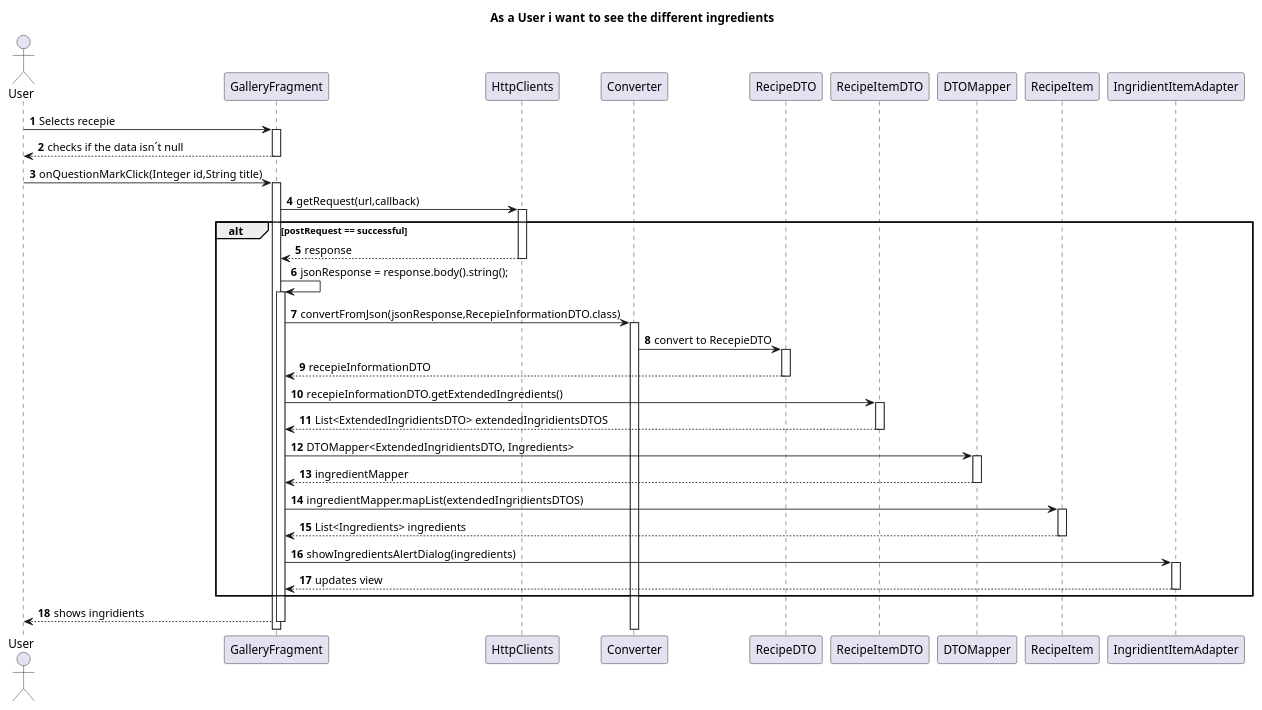
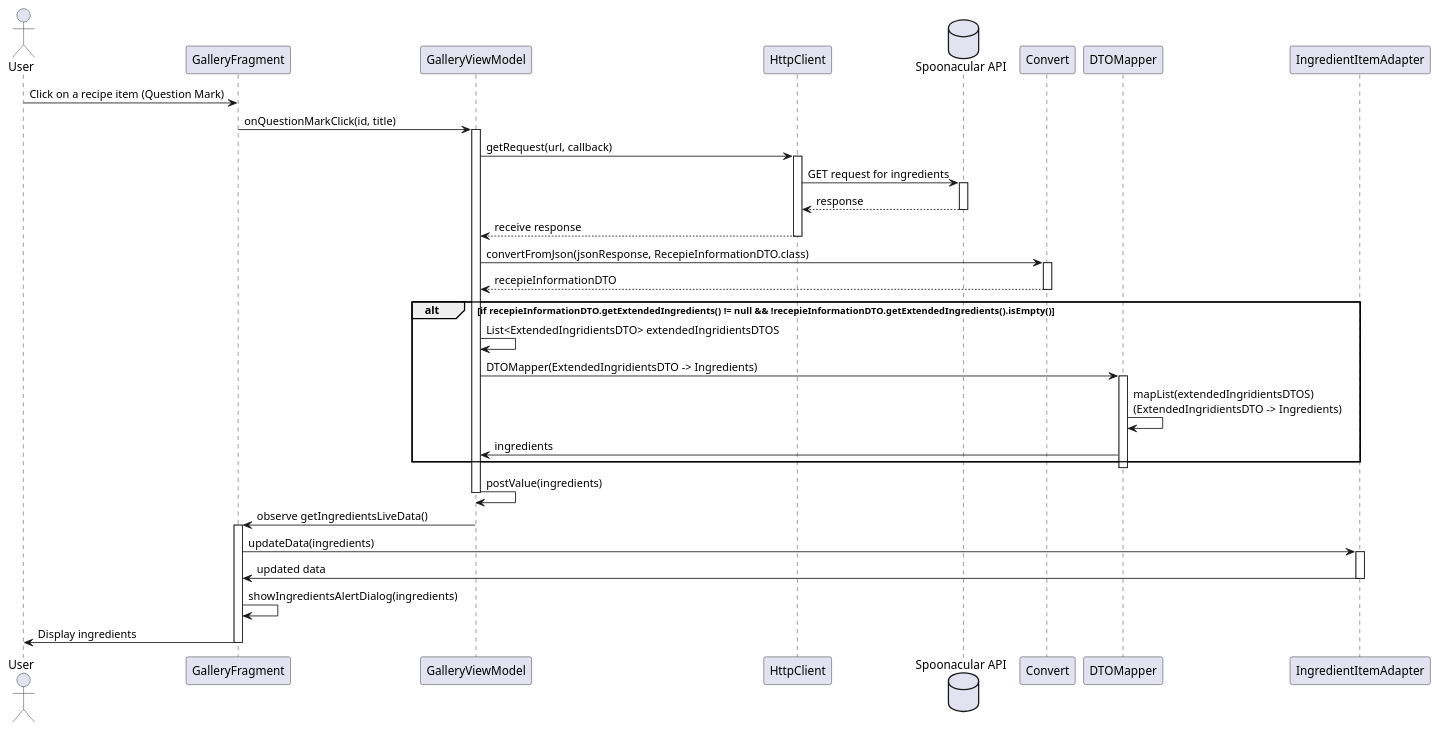
Before and after one commit to IsepMartimOliveira/DSSMV_ProjectDroid_1181754: the diagram in Documents/US/US03/SD.puml, drawn with PlantUML. The commit also changed 7 other files, not shown here.

```diff
--- a/Documents/US/US03/SD.puml
+++ b/Documents/US/US03/SD.puml
@@ -1,43 +1,45 @@
 @startuml
-autoactivate on
-autonumber
-title As a User i want to see  the different ingredients
-autonumber
-actor "User" as US
-participant GalleryFragment as RP
-participant HttpClients as HTTP
-participant "Converter" as CV
+actor User as User
+participant "GalleryFragment" as GalleryFragment
+participant "GalleryViewModel" as GalleryViewModel
+participant "HttpClient" as HttpClient
+database "Spoonacular API" as Server
+participant "Convert" as Convert
+participant "DTOMapper" as DTOMapper
+participant "IngredientItemAdapter" as IngredientItemAdapter
 
-participant "RecipeDTO" as  DTO
-participant "RecipeItemDTO" as DTO2
-
-participant DTOMapper as Mapper
-
-participant "RecipeItem" as User
-participant IngridientItemAdapter as SP
-
-US->RP:Selects recepie
-RP-->US:checks if the data isn´t null
-
-US->RP:onQuestionMarkClick(Integer id,String title)
-
-RP->HTTP:getRequest(url,callback)
-alt postRequest == successful
-HTTP-->RP:response
-RP->RP:jsonResponse = response.body().string();
-RP->CV:convertFromJson(jsonResponse,RecepieInformationDTO.class)
-CV->DTO:convert to RecepieDTO
-DTO-->RP:recepieInformationDTO
-RP->DTO2:recepieInformationDTO.getExtendedIngredients()
-DTO2-->RP: List<ExtendedIngridientsDTO> extendedIngridientsDTOS
-RP->Mapper: DTOMapper<ExtendedIngridientsDTO, Ingredients>
-Mapper-->RP:ingredientMapper
-RP->User:ingredientMapper.mapList(extendedIngridientsDTOS)
-User-->RP: List<Ingredients> ingredients
-RP->SP:showIngredientsAlertDialog(ingredients)
-SP-->RP:updates view
+User -> GalleryFragment: Click on a recipe item (Question Mark)
+GalleryFragment -> GalleryViewModel: onQuestionMarkClick(id, title)
+activate GalleryViewModel
+GalleryViewModel -> HttpClient: getRequest(url, callback)
+activate HttpClient
+HttpClient -> Server: GET request for ingredients
+activate Server
+Server --> HttpClient: response
+deactivate Server
+HttpClient --> GalleryViewModel: receive response
+deactivate HttpClient
+GalleryViewModel -> Convert: convertFromJson(jsonResponse, RecepieInformationDTO.class)
+activate Convert
+Convert --> GalleryViewModel: recepieInformationDTO
+deactivate Convert
+alt if  recepieInformationDTO.getExtendedIngredients() != null && !recepieInformationDTO.getExtendedIngredients().isEmpty()
+GalleryViewModel->GalleryViewModel:  List<ExtendedIngridientsDTO> extendedIngridientsDTOS
+GalleryViewModel -> DTOMapper: DTOMapper(ExtendedIngridientsDTO -> Ingredients)
+activate DTOMapper
+DTOMapper -> DTOMapper: mapList(extendedIngridientsDTOS)\n(ExtendedIngridientsDTO -> Ingredients)
+DTOMapper -> GalleryViewModel: ingredients
 end
-RP-->US:shows ingridients
-
-
+deactivate DTOMapper
+GalleryViewModel -> GalleryViewModel: postValue(ingredients)
+deactivate GalleryViewModel
+GalleryViewModel -> GalleryFragment: observe getIngredientsLiveData()
+activate GalleryFragment
+GalleryFragment -> IngredientItemAdapter: updateData(ingredients)
+activate IngredientItemAdapter
+IngredientItemAdapter -> GalleryFragment: updated data
+deactivate IngredientItemAdapter
+GalleryFragment -> GalleryFragment: showIngredientsAlertDialog(ingredients)
+GalleryFragment -> User: Display ingredients
+deactivate GalleryFragment
 @enduml
```
